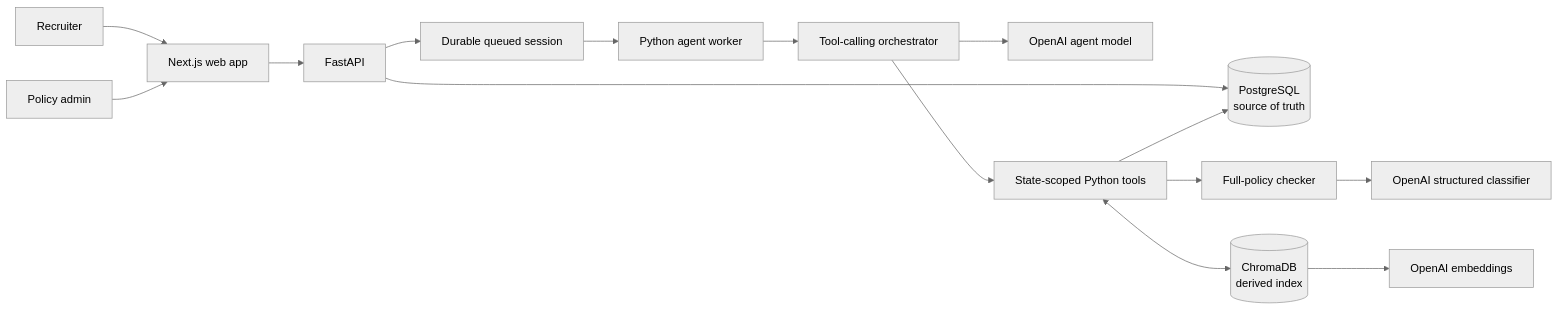
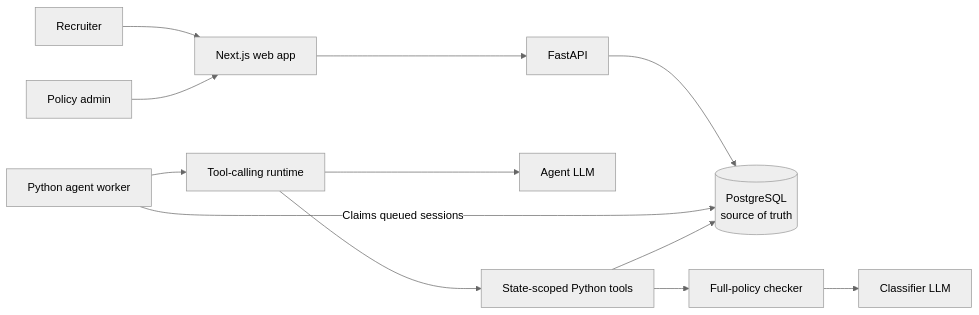
The first of 2 diagrams in README.md (Ee-Hsin/policyKit), drawn with Mermaid (neutral theme) before and after one commit. The commit also changed other lines of this file and 31 other files, not shown here.

Commit message:
simplify compliance review architecture

````diff
--- a/README.md
+++ b/README.md
@@ -24,17 +24,14 @@
 ```mermaid
 flowchart LR
     recruiter["Recruiter"] --> web["Next.js web app"]
     admin["Policy admin"] --> web
     web --> api["FastAPI"]
     api --> db[("PostgreSQL\nsource of truth")]
-    api --> queue["Durable queued session"]
-    queue --> worker["Python agent worker"]
-    worker --> agent["Tool-calling orchestrator"]
-    agent --> orchestrator["OpenAI agent model"]
+    worker["Python agent worker"] -->|Claims queued sessions| db
+    worker --> agent["Tool-calling runtime"]
+    agent --> orchestrator["Agent LLM"]
     agent --> tools["State-scoped Python tools"]
     tools --> checker["Full-policy checker"]
-    checker --> classifier["OpenAI structured classifier"]
+    checker --> classifier["Classifier LLM"]
     tools --> db
-    tools <--> chroma[("ChromaDB\nderived index")]
-    chroma --> embeddings["OpenAI embeddings"]
 ```
````
